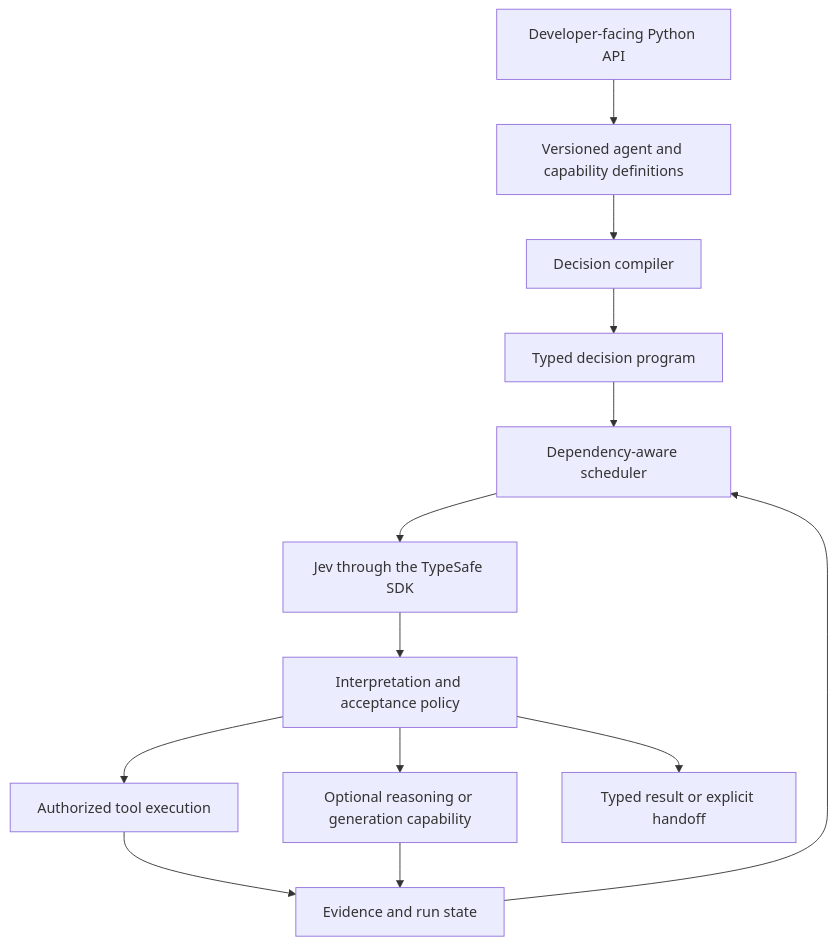
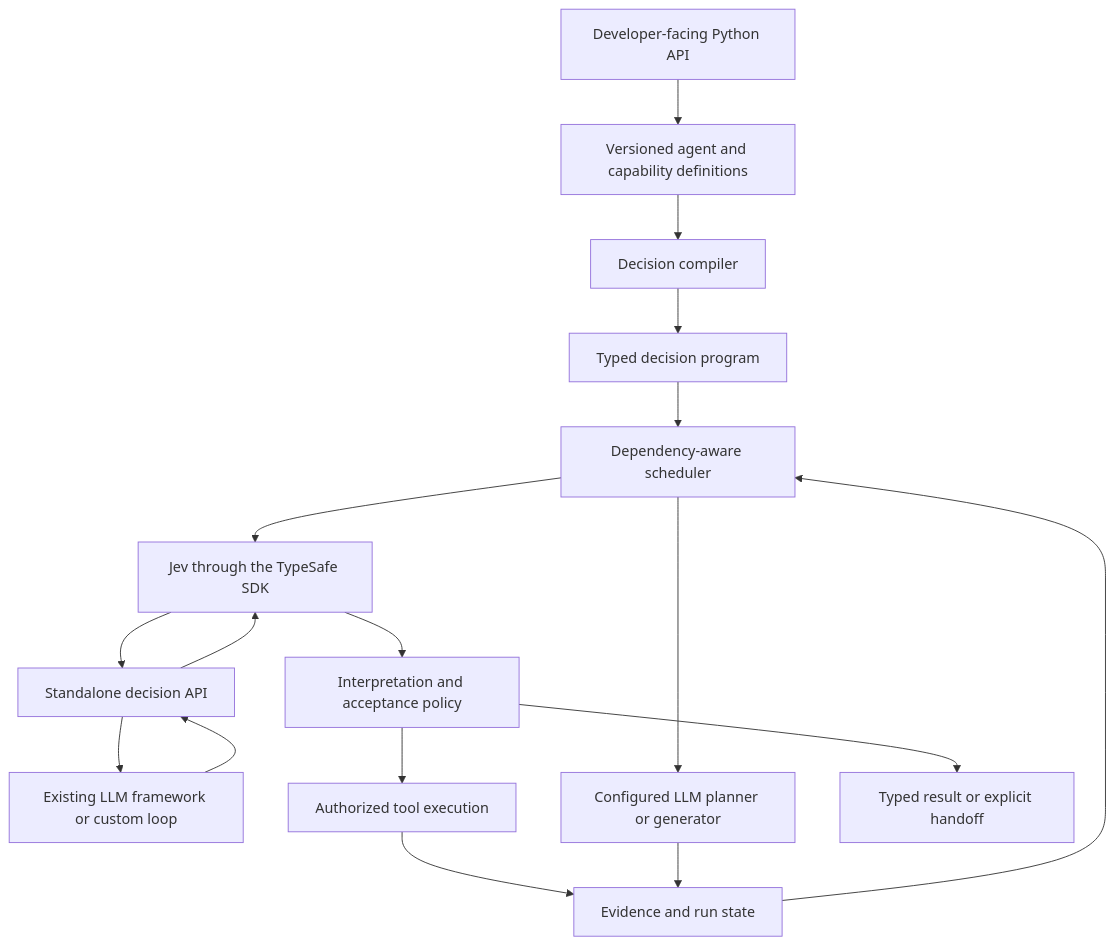
Before and after one commit to chayan-bit/Jev-Frame: the second of 2 diagrams in README.md, drawn with Mermaid. The commit also changed other lines of this file and 3 other files, not shown here.

````diff
--- a/README.md
+++ b/README.md
@@ -78,15 +165,19 @@
 ```mermaid
 flowchart TB
     API[Developer-facing Python API] --> SPEC[Versioned agent and capability definitions]
+    HOST[Existing LLM framework or custom loop] --> DECISION[Standalone decision API]
+    DECISION --> JEV
+    JEV --> DECISION
+    DECISION --> HOST
     SPEC --> COMPILER[Decision compiler]
     COMPILER --> PROGRAM[Typed decision program]
     PROGRAM --> SCHEDULER[Dependency-aware scheduler]
     EVIDENCE[Evidence and run state] --> SCHEDULER
     SCHEDULER --> JEV[Jev through the TypeSafe SDK]
     JEV --> POLICY[Interpretation and acceptance policy]
     POLICY --> TOOLS[Authorized tool execution]
     TOOLS --> EVIDENCE
-    POLICY --> FALLBACK[Optional reasoning or generation capability]
-    FALLBACK --> EVIDENCE
+    SCHEDULER --> PLANNER[Configured LLM planner or generator]
+    PLANNER --> EVIDENCE
     POLICY --> RESULT[Typed result or explicit handoff]
 ```
````
